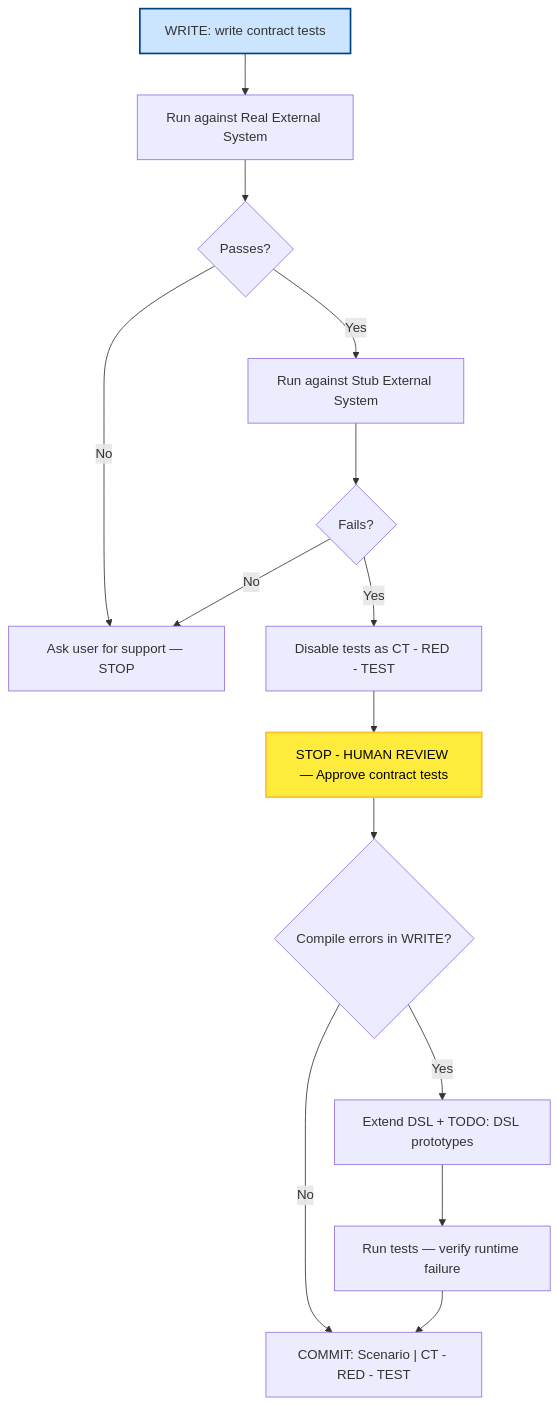
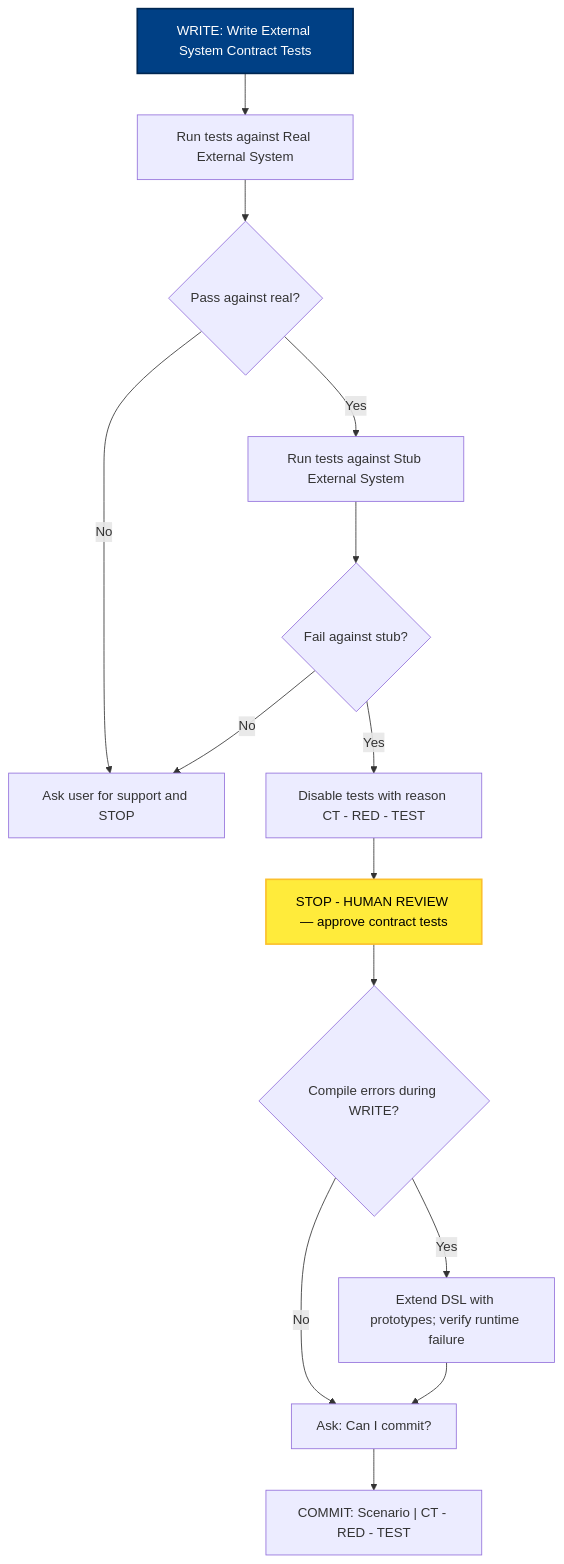
Before and after one commit to optivem/starter: the fifth of 8 diagrams in docs/atdd/process/diagram-phase-details.md, drawn with Mermaid. The commit also changed other lines of this file and 2 other files, not shown here.

````diff
--- a/docs/atdd/process/diagram-phase-details.md
+++ b/docs/atdd/process/diagram-phase-details.md
@@ -154,34 +158,34 @@
 ```mermaid
 flowchart TD
-    WRITE[WRITE: write contract tests]
-    RUN_REAL[Run against Real External System]
-    REAL_OK{Passes?}
-    ASK_REAL[Ask user for support — STOP]
-    RUN_STUB[Run against Stub External System]
-    STUB_FAILS{Fails?}
-    DISABLE[Disable tests as CT - RED - TEST]
-    STOP_WRITE[STOP - HUMAN REVIEW — Approve contract tests]
-    COMPILE_ERR{Compile errors in WRITE?}
-    EXTEND_DSL[Extend DSL + TODO: DSL prototypes]
-    RUN_RUNTIME[Run tests — verify runtime failure]
+    WRITE[WRITE: Write External System Contract Tests]
+    RUN_REAL[Run tests against Real External System]
+    REAL_OK{Pass against real?}
+    ASK_SUPPORT[Ask user for support and STOP]
+    RUN_STUB[Run tests against Stub External System]
+    STUB_FAIL{Fail against stub?}
+    DISABLE["Disable tests with reason CT - RED - TEST"]
+    STOP_WRITE["STOP - HUMAN REVIEW — approve contract tests"]
+    COMPILE_ERR{Compile errors during WRITE?}
+    EXTEND_DSL[Extend DSL with prototypes; verify runtime failure]
+    ASK_COMMIT["Ask: Can I commit?"]
     COMMIT["COMMIT: Scenario | CT - RED - TEST"]
 
     WRITE --> RUN_REAL
     RUN_REAL --> REAL_OK
-    REAL_OK -->|No| ASK_REAL
+    REAL_OK -->|No| ASK_SUPPORT
     REAL_OK -->|Yes| RUN_STUB
-    RUN_STUB --> STUB_FAILS
-    STUB_FAILS -->|Yes| DISABLE
-    STUB_FAILS -->|No| ASK_REAL
+    RUN_STUB --> STUB_FAIL
+    STUB_FAIL -->|Yes| DISABLE
+    STUB_FAIL -->|No| ASK_SUPPORT
     DISABLE --> STOP_WRITE
     STOP_WRITE --> COMPILE_ERR
-    COMPILE_ERR -->|No| COMMIT
     COMPILE_ERR -->|Yes| EXTEND_DSL
-    EXTEND_DSL --> RUN_RUNTIME
-    RUN_RUNTIME --> COMMIT
+    COMPILE_ERR -->|No| ASK_COMMIT
+    EXTEND_DSL --> ASK_COMMIT
+    ASK_COMMIT --> COMMIT
 
-    classDef effortNode fill:#cce5ff,stroke:#004085,stroke-width:2px
+    classDef effortNode fill:#004085,stroke:#002752,stroke-width:2px,color:#ffffff
     class WRITE effortNode
     classDef humanReviewNode fill:#ffeb3b,stroke:#fbc02d,stroke-width:2px,color:#000
     class STOP_WRITE humanReviewNode
 ```
````
